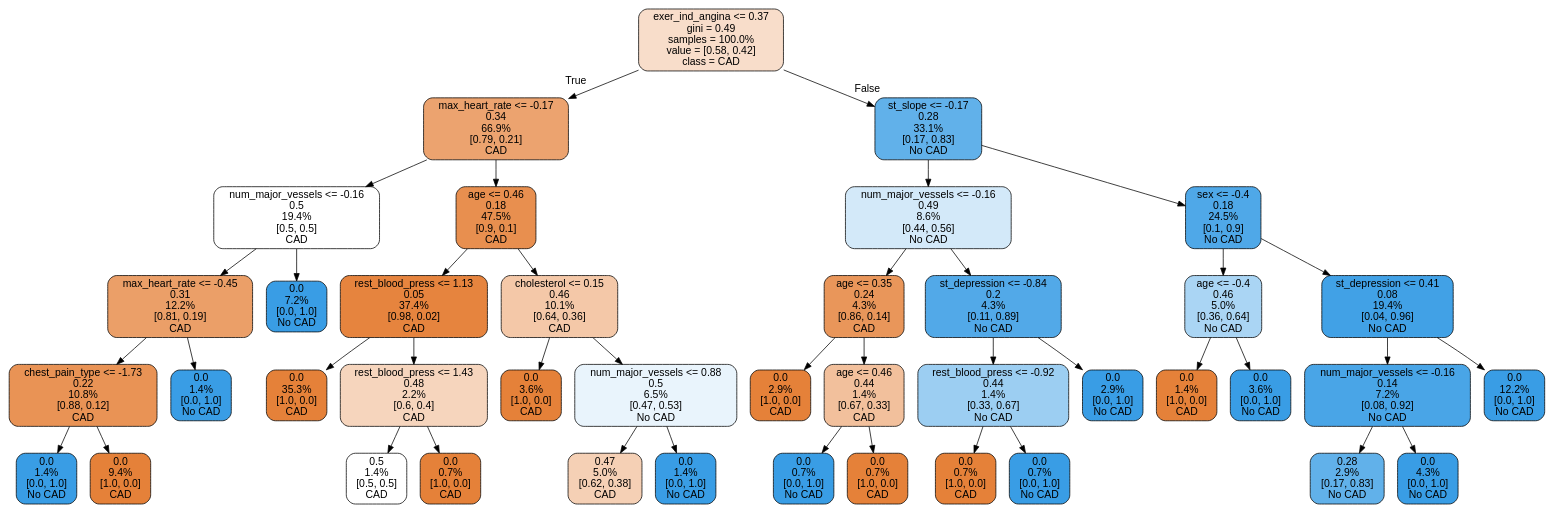
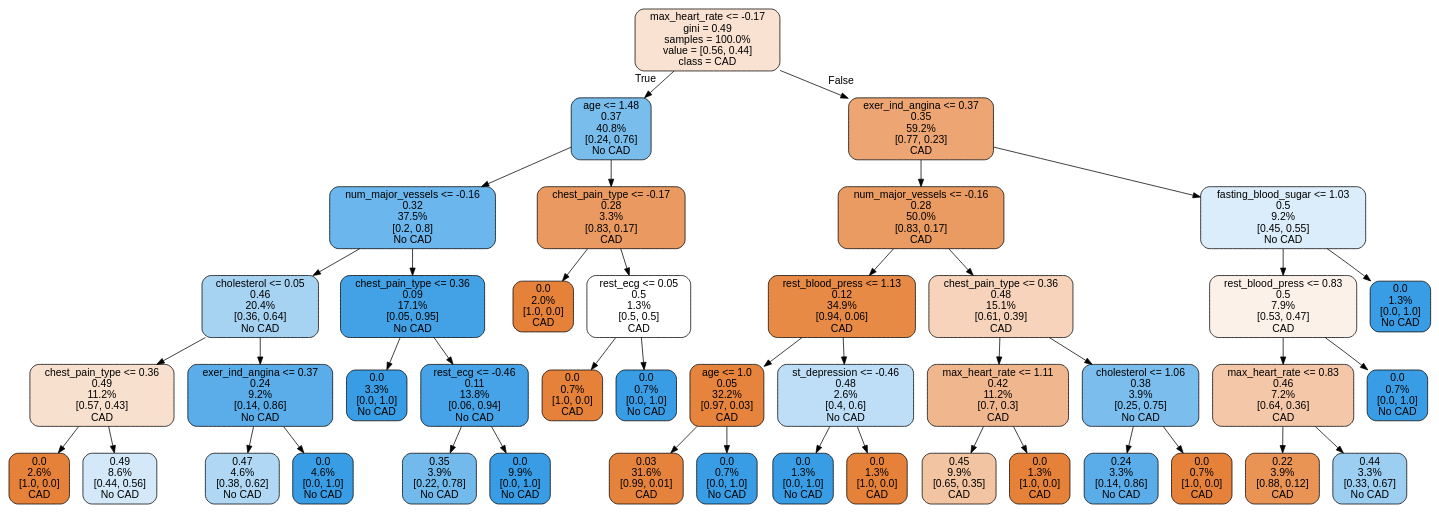
Before and after one commit to LourensWalters/cor_art_dis: the diagram in cor_art_dis/notebooks/tree.dot, drawn with Graphviz. The commit also changed 5 other files, not shown here.

```diff
--- a/cor_art_dis/notebooks/tree.dot
+++ b/cor_art_dis/notebooks/tree.dot
@@ -1,85 +1,89 @@
 digraph Tree {
 node [shape=box, style="filled, rounded", color="black", fontname=helvetica] ;
 edge [fontname=helvetica] ;
-0 [label="exer_ind_angina <= 0.37\ngini = 0.49\nsamples = 100.0%\nvalue = [0.58, 0.42]\nclass = CAD", fillcolor="#f8ddca"] ;
-1 [label="max_heart_rate <= -0.17\n0.34\n66.9%\n[0.79, 0.21]\nCAD", fillcolor="#eca36f"] ;
+0 [label="max_heart_rate <= -0.17\ngini = 0.49\nsamples = 100.0%\nvalue = [0.56, 0.44]\nclass = CAD", fillcolor="#f9e2d2"] ;
+1 [label="age <= 1.48\n0.37\n40.8%\n[0.24, 0.76]\nNo CAD", fillcolor="#79bded"] ;
 0 -> 1 [labeldistance=2.5, labelangle=45, headlabel="True"] ;
-2 [label="num_major_vessels <= -0.16\n0.5\n19.4%\n[0.5, 0.5]\nCAD", fillcolor="#ffffff"] ;
+2 [label="num_major_vessels <= -0.16\n0.32\n37.5%\n[0.2, 0.8]\nNo CAD", fillcolor="#6bb6ec"] ;
 1 -> 2 ;
-3 [label="max_heart_rate <= -0.45\n0.31\n12.2%\n[0.81, 0.19]\nCAD", fillcolor="#eb9f68"] ;
+3 [label="cholesterol <= 0.05\n0.46\n20.4%\n[0.36, 0.64]\nNo CAD", fillcolor="#a7d3f3"] ;
 2 -> 3 ;
-4 [label="chest_pain_type <= -1.73\n0.22\n10.8%\n[0.88, 0.12]\nCAD", fillcolor="#e99355"] ;
+4 [label="chest_pain_type <= 0.36\n0.49\n11.2%\n[0.57, 0.43]\nCAD", fillcolor="#f8e0ce"] ;
 3 -> 4 ;
-5 [label="0.0\n1.4%\n[0.0, 1.0]\nNo CAD", fillcolor="#399de5"] ;
+5 [label="0.0\n2.6%\n[1.0, 0.0]\nCAD", fillcolor="#e58139"] ;
 4 -> 5 ;
-6 [label="0.0\n9.4%\n[1.0, 0.0]\nCAD", fillcolor="#e58139"] ;
+6 [label="0.49\n8.6%\n[0.44, 0.56]\nNo CAD", fillcolor="#d3e9f9"] ;
 4 -> 6 ;
-7 [label="0.0\n1.4%\n[0.0, 1.0]\nNo CAD", fillcolor="#399de5"] ;
+7 [label="exer_ind_angina <= 0.37\n0.24\n9.2%\n[0.14, 0.86]\nNo CAD", fillcolor="#5aade9"] ;
 3 -> 7 ;
-8 [label="0.0\n7.2%\n[0.0, 1.0]\nNo CAD", fillcolor="#399de5"] ;
-2 -> 8 ;
-9 [label="age <= 0.46\n0.18\n47.5%\n[0.9, 0.1]\nCAD", fillcolor="#e88f4f"] ;
-1 -> 9 ;
-10 [label="rest_blood_press <= 1.13\n0.05\n37.4%\n[0.98, 0.02]\nCAD", fillcolor="#e6843e"] ;
-9 -> 10 ;
-11 [label="0.0\n35.3%\n[1.0, 0.0]\nCAD", fillcolor="#e58139"] ;
+8 [label="0.47\n4.6%\n[0.38, 0.62]\nNo CAD", fillcolor="#b0d8f5"] ;
+7 -> 8 ;
+9 [label="0.0\n4.6%\n[0.0, 1.0]\nNo CAD", fillcolor="#399de5"] ;
+7 -> 9 ;
+10 [label="chest_pain_type <= 0.36\n0.09\n17.1%\n[0.05, 0.95]\nNo CAD", fillcolor="#43a2e6"] ;
+2 -> 10 ;
+11 [label="0.0\n3.3%\n[0.0, 1.0]\nNo CAD", fillcolor="#399de5"] ;
 10 -> 11 ;
-12 [label="rest_blood_press <= 1.43\n0.48\n2.2%\n[0.6, 0.4]\nCAD", fillcolor="#f6d5bd"] ;
+12 [label="rest_ecg <= -0.46\n0.11\n13.8%\n[0.06, 0.94]\nNo CAD", fillcolor="#46a3e7"] ;
 10 -> 12 ;
-13 [label="0.5\n1.4%\n[0.5, 0.5]\nCAD", fillcolor="#ffffff"] ;
+13 [label="0.35\n3.9%\n[0.22, 0.78]\nNo CAD", fillcolor="#72b9ec"] ;
 12 -> 13 ;
-14 [label="0.0\n0.7%\n[1.0, 0.0]\nCAD", fillcolor="#e58139"] ;
+14 [label="0.0\n9.9%\n[0.0, 1.0]\nNo CAD", fillcolor="#399de5"] ;
 12 -> 14 ;
-15 [label="cholesterol <= 0.15\n0.46\n10.1%\n[0.64, 0.36]\nCAD", fillcolor="#f4c8a8"] ;
-9 -> 15 ;
-16 [label="0.0\n3.6%\n[1.0, 0.0]\nCAD", fillcolor="#e58139"] ;
+15 [label="chest_pain_type <= -0.17\n0.28\n3.3%\n[0.83, 0.17]\nCAD", fillcolor="#ea9a61"] ;
+1 -> 15 ;
+16 [label="0.0\n2.0%\n[1.0, 0.0]\nCAD", fillcolor="#e58139"] ;
 15 -> 16 ;
-17 [label="num_major_vessels <= 0.88\n0.5\n6.5%\n[0.47, 0.53]\nNo CAD", fillcolor="#e9f4fc"] ;
+17 [label="rest_ecg <= 0.05\n0.5\n1.3%\n[0.5, 0.5]\nCAD", fillcolor="#ffffff"] ;
 15 -> 17 ;
-18 [label="0.47\n5.0%\n[0.62, 0.38]\nCAD", fillcolor="#f5d0b5"] ;
+18 [label="0.0\n0.7%\n[1.0, 0.0]\nCAD", fillcolor="#e58139"] ;
 17 -> 18 ;
-19 [label="0.0\n1.4%\n[0.0, 1.0]\nNo CAD", fillcolor="#399de5"] ;
+19 [label="0.0\n0.7%\n[0.0, 1.0]\nNo CAD", fillcolor="#399de5"] ;
 17 -> 19 ;
-20 [label="st_slope <= -0.17\n0.28\n33.1%\n[0.17, 0.83]\nNo CAD", fillcolor="#61b1ea"] ;
+20 [label="exer_ind_angina <= 0.37\n0.35\n59.2%\n[0.77, 0.23]\nCAD", fillcolor="#eda673"] ;
 0 -> 20 [labeldistance=2.5, labelangle=-45, headlabel="False"] ;
-21 [label="num_major_vessels <= -0.16\n0.49\n8.6%\n[0.44, 0.56]\nNo CAD", fillcolor="#d3e9f9"] ;
+21 [label="num_major_vessels <= -0.16\n0.28\n50.0%\n[0.83, 0.17]\nCAD", fillcolor="#ea9b62"] ;
 20 -> 21 ;
-22 [label="age <= 0.35\n0.24\n4.3%\n[0.86, 0.14]\nCAD", fillcolor="#e9965a"] ;
+22 [label="rest_blood_press <= 1.13\n0.12\n34.9%\n[0.94, 0.06]\nCAD", fillcolor="#e78a46"] ;
 21 -> 22 ;
-23 [label="0.0\n2.9%\n[1.0, 0.0]\nCAD", fillcolor="#e58139"] ;
+23 [label="age <= 1.0\n0.05\n32.2%\n[0.97, 0.03]\nCAD", fillcolor="#e6843e"] ;
 22 -> 23 ;
-24 [label="age <= 0.46\n0.44\n1.4%\n[0.67, 0.33]\nCAD", fillcolor="#f2c09c"] ;
-22 -> 24 ;
+24 [label="0.03\n31.6%\n[0.99, 0.01]\nCAD", fillcolor="#e5833c"] ;
+23 -> 24 ;
 25 [label="0.0\n0.7%\n[0.0, 1.0]\nNo CAD", fillcolor="#399de5"] ;
-24 -> 25 ;
-26 [label="0.0\n0.7%\n[1.0, 0.0]\nCAD", fillcolor="#e58139"] ;
-24 -> 26 ;
-27 [label="st_depression <= -0.84\n0.2\n4.3%\n[0.11, 0.89]\nNo CAD", fillcolor="#52a9e8"] ;
-21 -> 27 ;
-28 [label="rest_blood_press <= -0.92\n0.44\n1.4%\n[0.33, 0.67]\nNo CAD", fillcolor="#9ccef2"] ;
-27 -> 28 ;
-29 [label="0.0\n0.7%\n[1.0, 0.0]\nCAD", fillcolor="#e58139"] ;
-28 -> 29 ;
-30 [label="0.0\n0.7%\n[0.0, 1.0]\nNo CAD", fillcolor="#399de5"] ;
-28 -> 30 ;
-31 [label="0.0\n2.9%\n[0.0, 1.0]\nNo CAD", fillcolor="#399de5"] ;
-27 -> 31 ;
-32 [label="sex <= -0.4\n0.18\n24.5%\n[0.1, 0.9]\nNo CAD", fillcolor="#4fa8e8"] ;
-20 -> 32 ;
-33 [label="age <= -0.4\n0.46\n5.0%\n[0.36, 0.64]\nNo CAD", fillcolor="#aad5f4"] ;
-32 -> 33 ;
-34 [label="0.0\n1.4%\n[1.0, 0.0]\nCAD", fillcolor="#e58139"] ;
+23 -> 25 ;
+26 [label="st_depression <= -0.46\n0.48\n2.6%\n[0.4, 0.6]\nNo CAD", fillcolor="#bddef6"] ;
+22 -> 26 ;
+27 [label="0.0\n1.3%\n[0.0, 1.0]\nNo CAD", fillcolor="#399de5"] ;
+26 -> 27 ;
+28 [label="0.0\n1.3%\n[1.0, 0.0]\nCAD", fillcolor="#e58139"] ;
+26 -> 28 ;
+29 [label="chest_pain_type <= 0.36\n0.48\n15.1%\n[0.61, 0.39]\nCAD", fillcolor="#f6d3ba"] ;
+21 -> 29 ;
+30 [label="max_heart_rate <= 1.11\n0.42\n11.2%\n[0.7, 0.3]\nCAD", fillcolor="#f0b78e"] ;
+29 -> 30 ;
+31 [label="0.45\n9.9%\n[0.65, 0.35]\nCAD", fillcolor="#f3c4a2"] ;
+30 -> 31 ;
+32 [label="0.0\n1.3%\n[1.0, 0.0]\nCAD", fillcolor="#e58139"] ;
+30 -> 32 ;
+33 [label="cholesterol <= 1.06\n0.38\n3.9%\n[0.25, 0.75]\nNo CAD", fillcolor="#7bbeee"] ;
+29 -> 33 ;
+34 [label="0.24\n3.3%\n[0.14, 0.86]\nNo CAD", fillcolor="#5aade9"] ;
 33 -> 34 ;
-35 [label="0.0\n3.6%\n[0.0, 1.0]\nNo CAD", fillcolor="#399de5"] ;
+35 [label="0.0\n0.7%\n[1.0, 0.0]\nCAD", fillcolor="#e58139"] ;
 33 -> 35 ;
-36 [label="st_depression <= 0.41\n0.08\n19.4%\n[0.04, 0.96]\nNo CAD", fillcolor="#41a1e6"] ;
-32 -> 36 ;
-37 [label="num_major_vessels <= -0.16\n0.14\n7.2%\n[0.08, 0.92]\nNo CAD", fillcolor="#49a5e7"] ;
+36 [label="fasting_blood_sugar <= 1.03\n0.5\n9.2%\n[0.45, 0.55]\nNo CAD", fillcolor="#dbedfa"] ;
+20 -> 36 ;
+37 [label="rest_blood_press <= 0.83\n0.5\n7.9%\n[0.53, 0.47]\nCAD", fillcolor="#fcf1e9"] ;
 36 -> 37 ;
-38 [label="0.28\n2.9%\n[0.17, 0.83]\nNo CAD", fillcolor="#61b1ea"] ;
+38 [label="max_heart_rate <= 0.83\n0.46\n7.2%\n[0.64, 0.36]\nCAD", fillcolor="#f3c7a7"] ;
 37 -> 38 ;
-39 [label="0.0\n4.3%\n[0.0, 1.0]\nNo CAD", fillcolor="#399de5"] ;
-37 -> 39 ;
-40 [label="0.0\n12.2%\n[0.0, 1.0]\nNo CAD", fillcolor="#399de5"] ;
-36 -> 40 ;
+39 [label="0.22\n3.9%\n[0.88, 0.12]\nCAD", fillcolor="#e99355"] ;
+38 -> 39 ;
+40 [label="0.44\n3.3%\n[0.33, 0.67]\nNo CAD", fillcolor="#9ccef2"] ;
+38 -> 40 ;
+41 [label="0.0\n0.7%\n[0.0, 1.0]\nNo CAD", fillcolor="#399de5"] ;
+37 -> 41 ;
+42 [label="0.0\n1.3%\n[0.0, 1.0]\nNo CAD", fillcolor="#399de5"] ;
+36 -> 42 ;
 }
```
